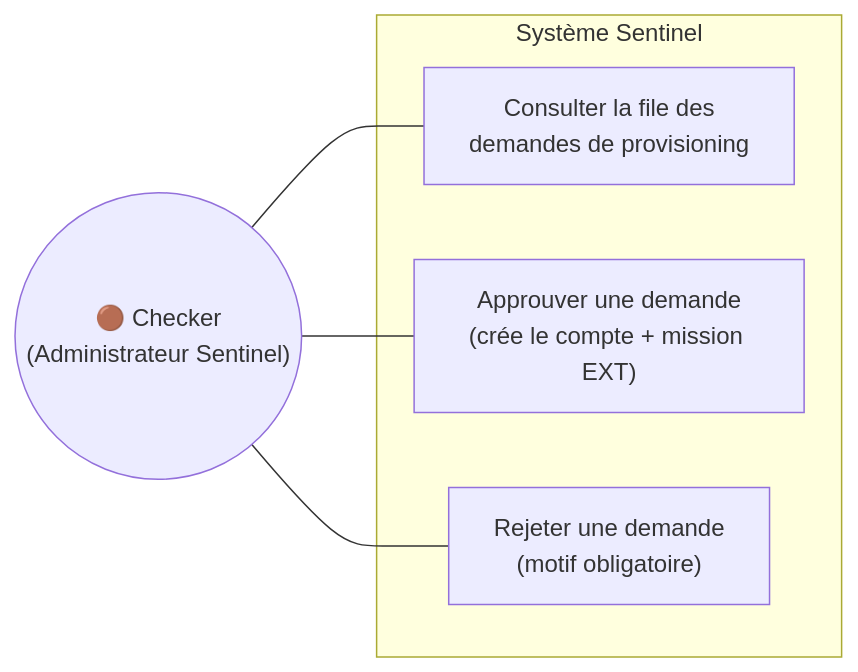
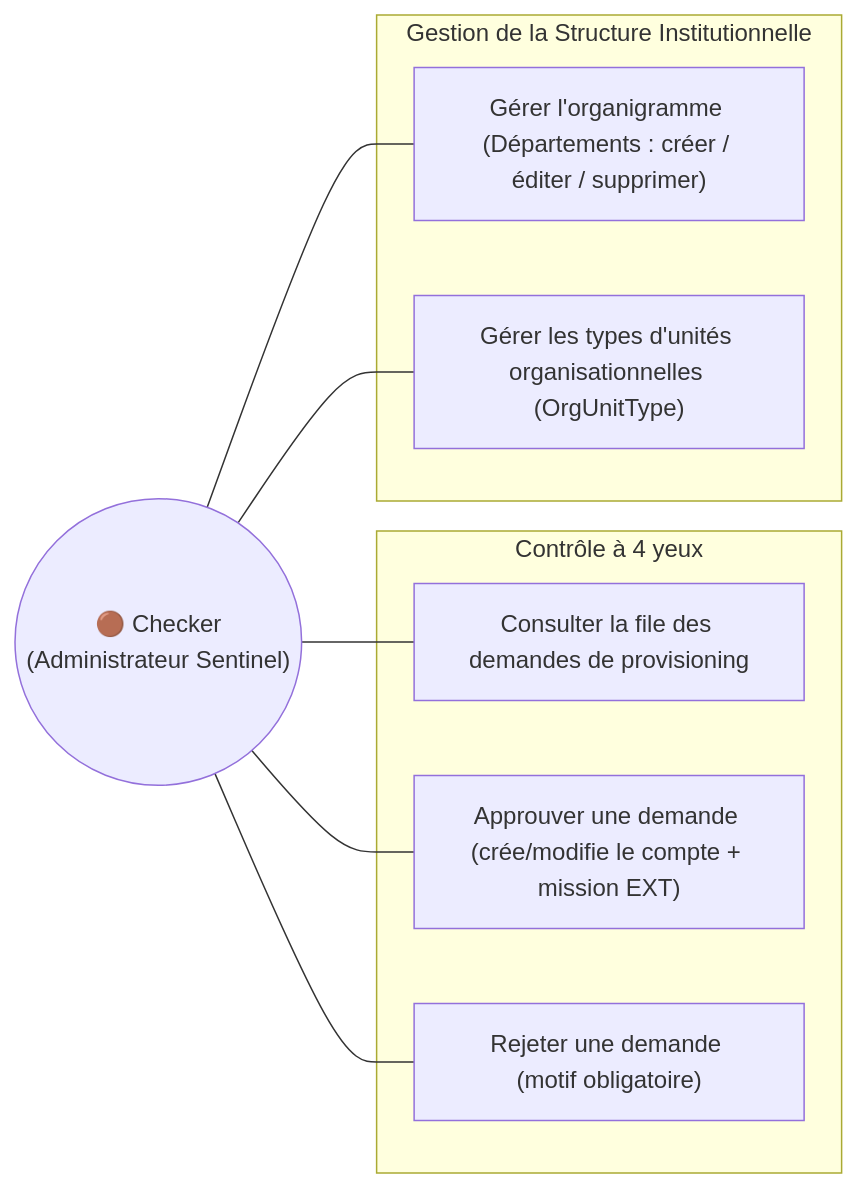
Diagram 20 of 26 in _bmad-output/planning-artifacts/system-diagrams.md (Tchendjou2003/bicec--Sentinel), drawn with Mermaid before and after one commit. The commit also changed other lines of this file, not shown here.

Commit message:
docs(bmad): mise à jour system-diagrams.md v2.0

````diff
--- a/_bmad-output/planning-artifacts/system-diagrams.md
+++ b/_bmad-output/planning-artifacts/system-diagrams.md
@@ -1229,14 +1288,21 @@
 ```mermaid
 flowchart LR
-    subgraph "Système Sentinel"
-        UC1["Consulter la file des\ndemandes de provisioning"]
-        UC2["Approuver une demande\n(crée le compte + mission EXT)"]
-        UC3["Rejeter une demande\n(motif obligatoire)"]
-    end
+  subgraph "Contrôle à 4 yeux"
+    UC1["Consulter la file des demandes de provisioning"]
+    UC2["Approuver une demande (crée/modifie le compte + mission EXT)"]
+    UC3["Rejeter une demande (motif obligatoire)"]
+  end
 
-    CK(("🟤 Checker\n(Administrateur Sentinel)"))
+  subgraph "Gestion de la Structure Institutionnelle"
+    UC4["Gérer l'organigramme (Départements : créer / éditer / supprimer)"]
+    UC5["Gérer les types d'unités organisationnelles (OrgUnitType)"]
+  end
 
-    CK --- UC1
-    CK --- UC2
-    CK --- UC3
+  CK(("🟤 Checker\n(Administrateur Sentinel)"))
+
+  CK --- UC1
+  CK --- UC2
+  CK --- UC3
+  CK --- UC4
+  CK --- UC5
 ```
````
